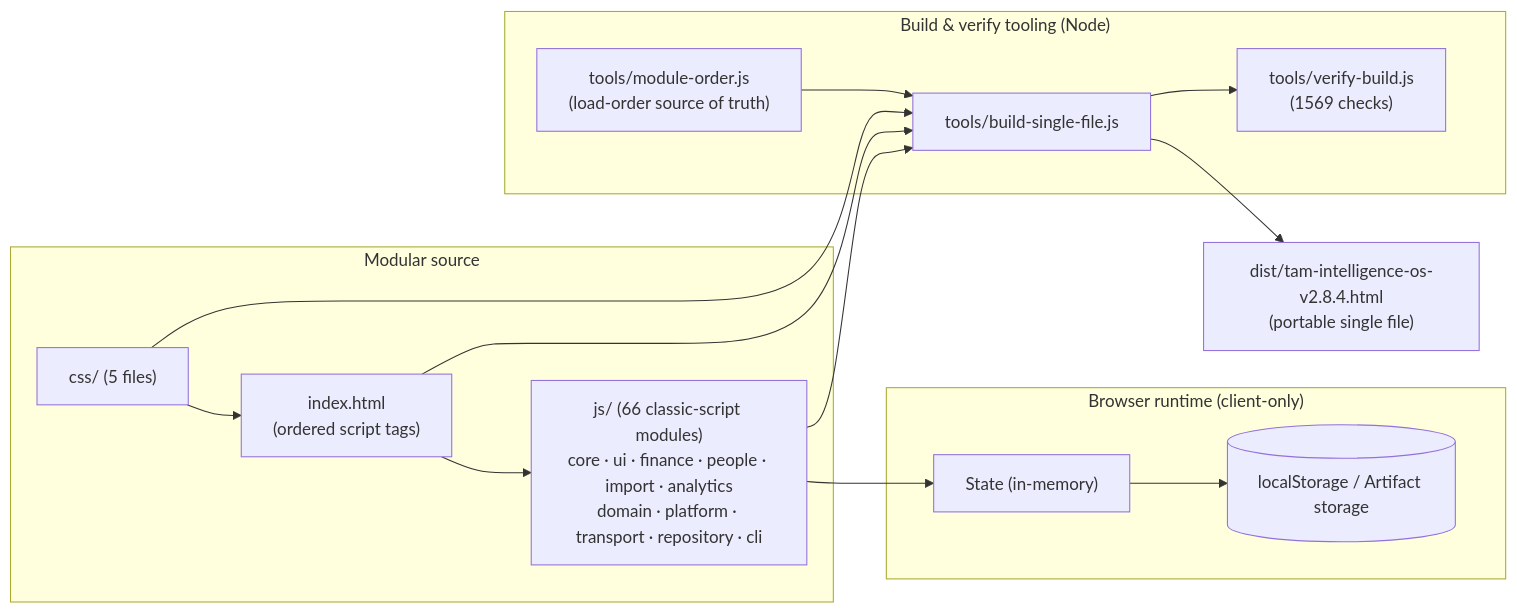
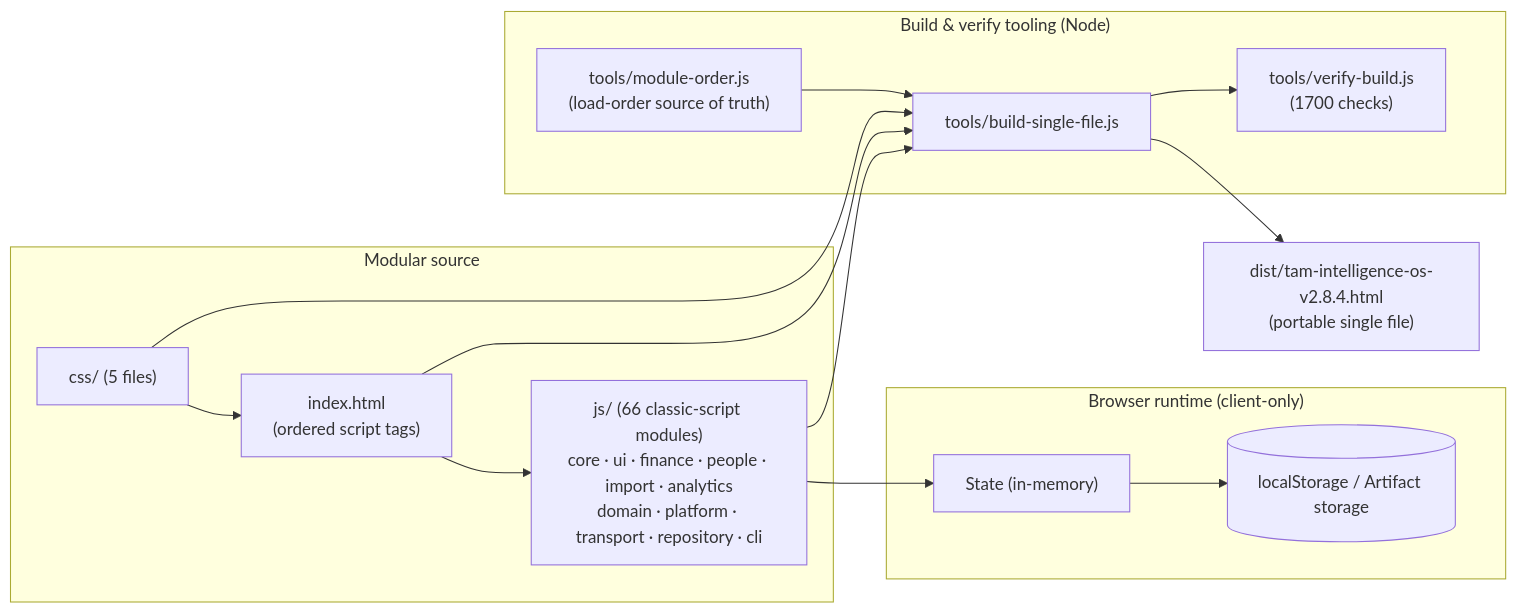
The first of 2 diagrams in README.md (fanoryu/TAM-Intelligence-OS), drawn with Mermaid before and after one commit. The commit also changed other lines of this file and 3 other files, not shown here.

````diff
--- a/README.md
+++ b/README.md
@@ -178,27 +178,27 @@
 ```mermaid
 flowchart LR
   subgraph Source["Modular source"]
     IDX["index.html<br/>(ordered script tags)"]
     CSS["css/ (5 files)"]
     JS["js/ (66 classic-script modules)<br/>core · ui · finance · people · import · analytics<br/>domain · platform · transport · repository · cli"]
   end
   subgraph Runtime["Browser runtime (client-only)"]
     STATE["State (in-memory)"]
     LS[("localStorage / Artifact storage")]
   end
   subgraph Build["Build & verify tooling (Node)"]
     ORDER["tools/module-order.js<br/>(load-order source of truth)"]
     BUILD["tools/build-single-file.js"]
-    VERIFY["tools/verify-build.js<br/>(1569 checks)"]
+    VERIFY["tools/verify-build.js<br/>(1700 checks)"]
   end
   DIST["dist/tam-intelligence-os-v2.8.4.html<br/>(portable single file)"]
 
   IDX --> JS --> STATE --> LS
   CSS --> IDX
   ORDER --> BUILD
   IDX --> BUILD
   CSS --> BUILD
   JS --> BUILD
   BUILD --> DIST
   BUILD --> VERIFY
 ```
````
